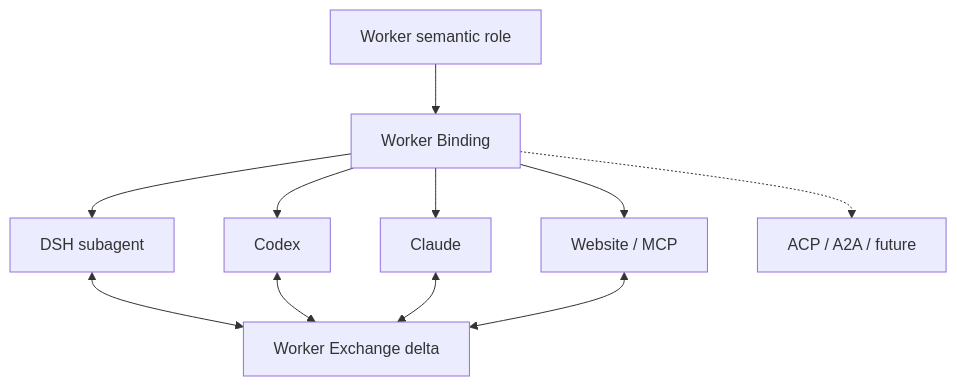
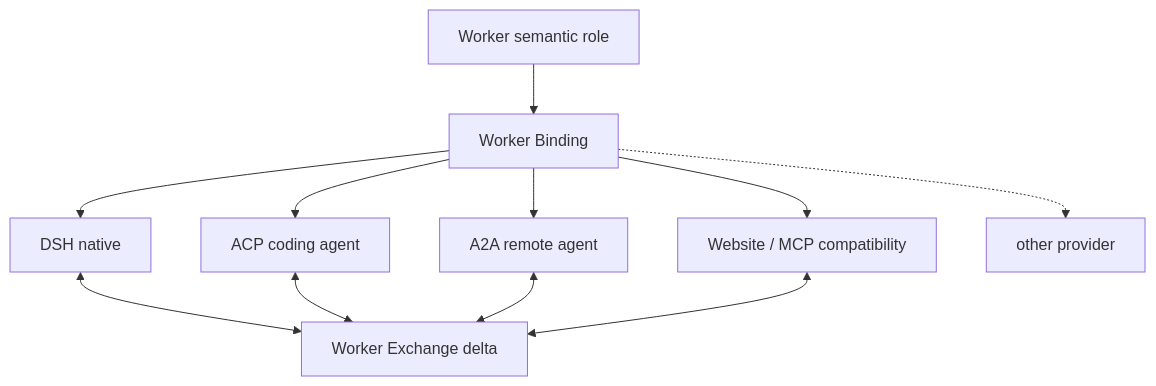
Before and after one commit to tsuuanmi/AgentOS: the third of 3 diagrams in docs/architecture/worker-boundaries.md, drawn with Mermaid. The commit also changed other lines of this file, not shown here.

Commit message:
docs: separate Worker contract from ACP A2A MCP protocols

```diff
--- a/docs/architecture/worker-boundaries.md
+++ b/docs/architecture/worker-boundaries.md
@@ -218,18 +228,18 @@
 ~~~mermaid
 flowchart TB
     Worker[Worker semantic role]
     Binding[Worker Binding]
     Exchange[Worker Exchange delta]
 
     Worker --> Binding
-    Binding --> DSH[DSH subagent]
-    Binding --> Codex[Codex]
-    Binding --> Claude[Claude]
-    Binding --> Web[Website / MCP]
-    Binding -.-> Future[ACP / A2A / future]
+    Binding --> DSH[DSH native]
+    Binding --> ACP[ACP coding agent]
+    Binding --> A2A[A2A remote agent]
+    Binding --> Web[Website / MCP compatibility]
+    Binding -.-> Future[other provider]
 
     DSH <--> Exchange
-    Codex <--> Exchange
-    Claude <--> Exchange
+    ACP <--> Exchange
+    A2A <--> Exchange
     Web <--> Exchange
 ~~~
```
